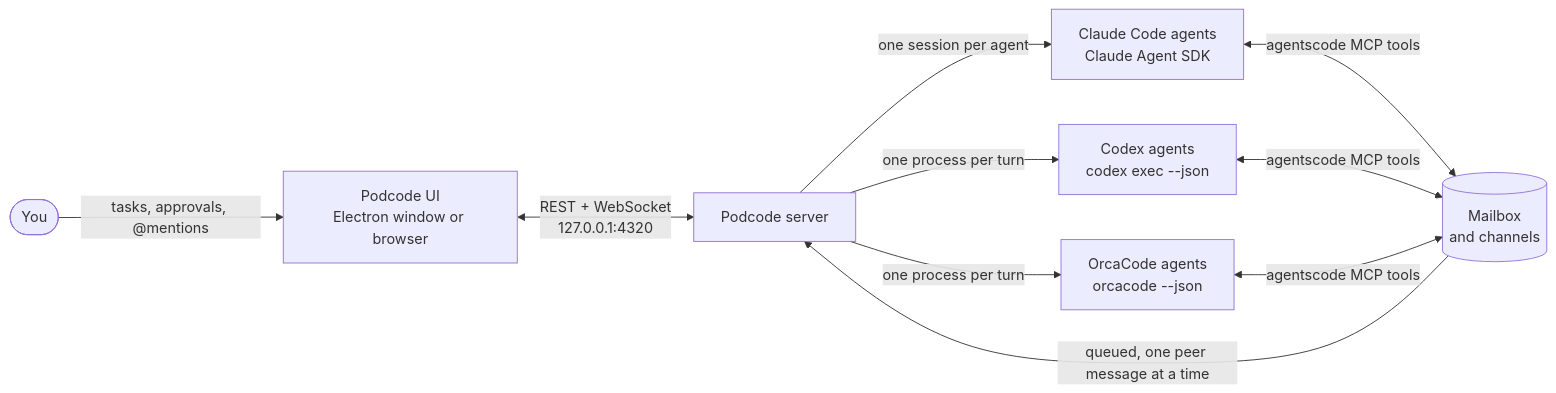
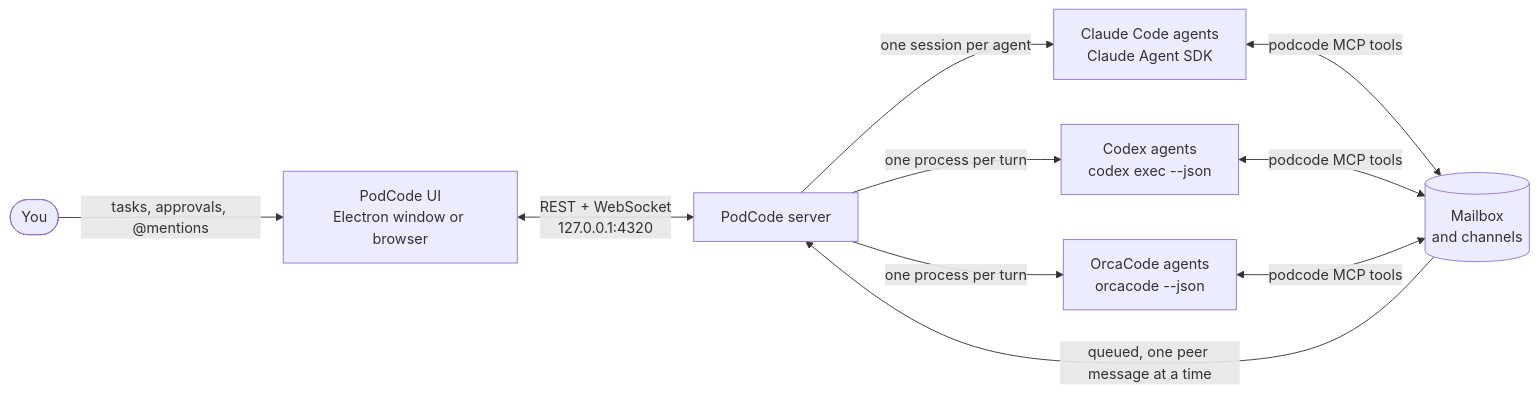
The diagram in README.md (akashsokik/agentscode), drawn with Mermaid before and after one commit. The commit also changed other lines of this file and 8 other files, not shown here.

First line of the commit message:
chore(rename): spell the product PodCode in text, release scripts and assets (ALL-D6)

````diff
--- a/README.md
+++ b/README.md
@@ -380,12 +382,12 @@
 ```mermaid
 flowchart LR
-    you(["You"]) -->|"tasks, approvals, @mentions"| ui["Podcode UI<br/>Electron window or browser"]
-    ui <-->|"REST + WebSocket<br/>127.0.0.1:4320"| server["Podcode server"]
+    you(["You"]) -->|"tasks, approvals, @mentions"| ui["PodCode UI<br/>Electron window or browser"]
+    ui <-->|"REST + WebSocket<br/>127.0.0.1:4320"| server["PodCode server"]
     server -->|"one session per agent"| claude["Claude Code agents<br/>Claude Agent SDK"]
     server -->|"one process per turn"| codex["Codex agents<br/>codex exec --json"]
-    claude <-->|"agentscode MCP tools"| mail[("Mailbox<br/>and channels")]
-    codex <-->|"agentscode MCP tools"| mail
+    claude <-->|"podcode MCP tools"| mail[("Mailbox<br/>and channels")]
+    codex <-->|"podcode MCP tools"| mail
     server -->|"one process per turn"| orca["OrcaCode agents<br/>orcacode --json"]
-    orca <-->|"agentscode MCP tools"| mail
+    orca <-->|"podcode MCP tools"| mail
     mail -->|"queued, one peer message at a time"| server
 ```
````
